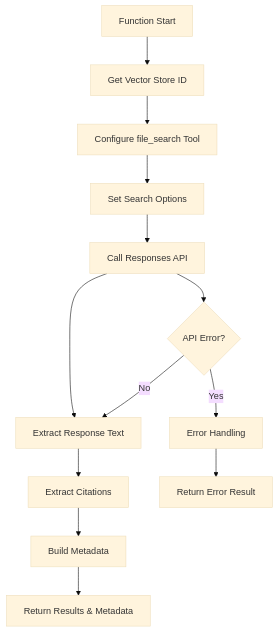
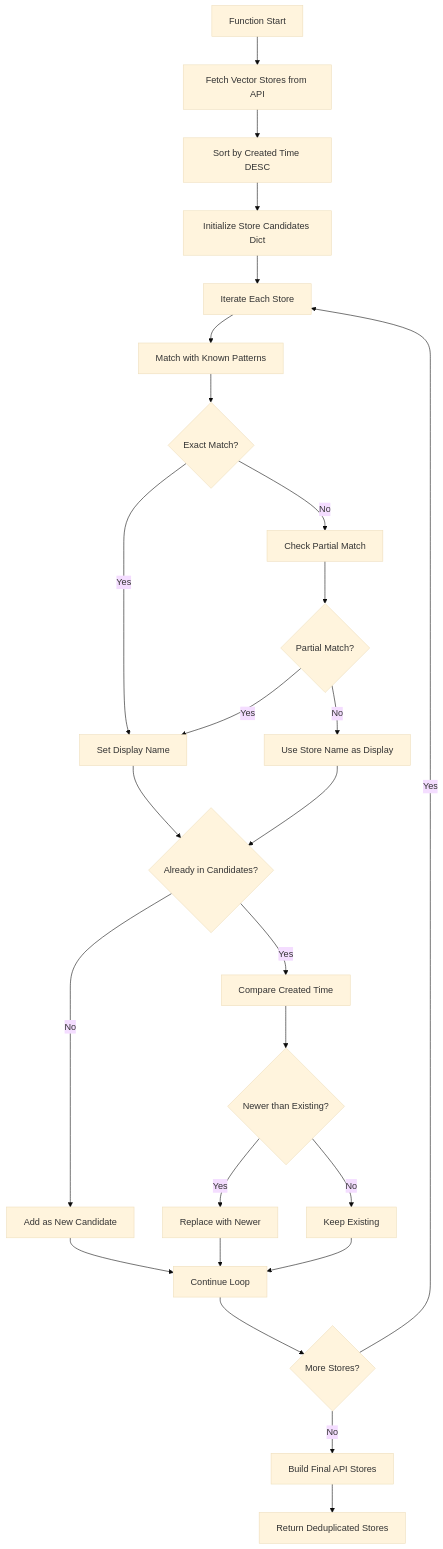
Before and after one commit to nakashima2toshio/openai_rag_app: the sixth of 15 diagrams in doc/a30_30_rag_search.md, drawn with Mermaid (base theme). The commit also changed other lines of this file, not shown here.

````diff
--- a/doc/a30_30_rag_search.md
+++ b/doc/a30_30_rag_search.md
@@ -232,16 +280,28 @@
 ```mermaid
 graph TD
-    A["Function Start"] --> B["Get Vector Store ID"]
-    B --> C["Configure file_search Tool"]
-    C --> D["Set Search Options"]
-    D --> E["Call Responses API"]
-    E --> F["Extract Response Text"]
-    F --> G["Extract Citations"]
-    G --> H["Build Metadata"]
-    H --> I["Return Results & Metadata"]
-  
-    E --> J{"API Error?"}
-    J -->|Yes| K["Error Handling"]
-    K --> L["Return Error Result"]
-    J -->|No| F
+    A["Function Start"] --> B["Fetch Vector Stores from API"]
+    B --> C["Sort by Created Time DESC"]
+    C --> D["Initialize Store Candidates Dict"]
+    D --> E["Iterate Each Store"]
+    E --> F["Match with Known Patterns"]
+    F --> G{"Exact Match?"}
+    G -->|Yes| H["Set Display Name"]
+    G -->|No| I["Check Partial Match"]
+    I --> J{"Partial Match?"}
+    J -->|Yes| H
+    J -->|No| K["Use Store Name as Display"]
+    H --> L{"Already in Candidates?"}
+    K --> L
+    L -->|No| M["Add as New Candidate"]
+    L -->|Yes| N["Compare Created Time"]
+    N --> O{"Newer than Existing?"}
+    O -->|Yes| P["Replace with Newer"]
+    O -->|No| Q["Keep Existing"]
+    M --> R["Continue Loop"]
+    P --> R
+    Q --> R
+    R --> S{"More Stores?"}
+    S -->|Yes| E
+    S -->|No| T["Build Final API Stores"]
+    T --> U["Return Deduplicated Stores"]
 ```
````
